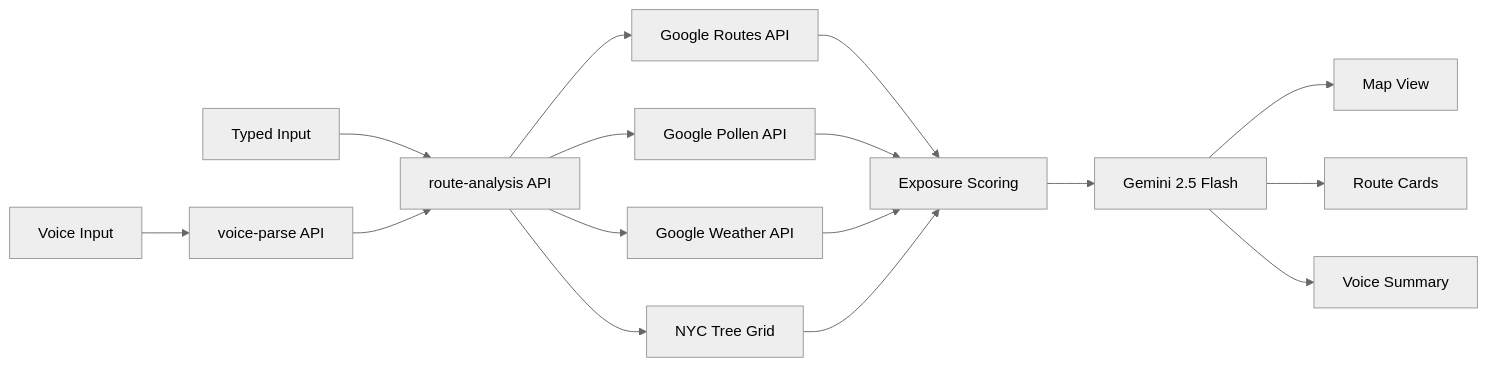
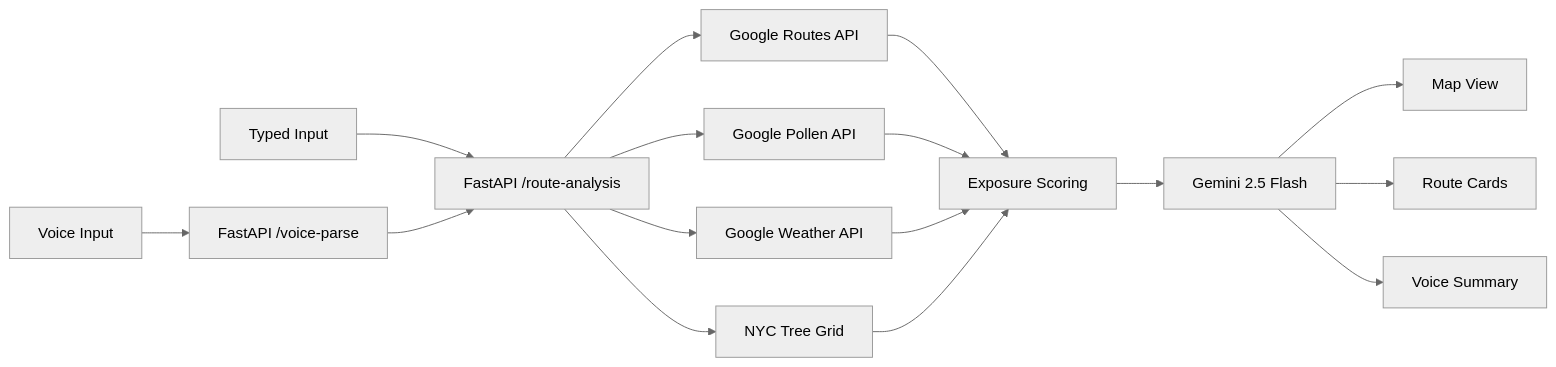
One commit to NBeibarys/Project-Treeroute changed the diagram in README.md. Above: the diagram before and after it, drawn with Mermaid (neutral theme). The commit also changed other lines of this file and 55 other files, not shown here.

Commit message:
Backend:Python + FastAPI

````diff
--- a/README.md
+++ b/README.md
@@ -77,22 +78,22 @@
 ```mermaid
 flowchart LR
-    A[Voice Input] --> B["voice-parse API"]
-    C[Typed Input] --> D["route-analysis API"]
+    A[Voice Input] --> B["FastAPI /voice-parse"]
+    C[Typed Input] --> D["FastAPI /route-analysis"]
     B --> D
 
     D --> E[Google Routes API]
     D --> F[Google Pollen API]
     D --> G[Google Weather API]
     D --> H[NYC Tree Grid]
 
     E --> I[Exposure Scoring]
     F --> I
     G --> I
     H --> I
 
     I --> J[Gemini 2.5 Flash]
 
     J --> K[Map View]
     J --> L[Route Cards]
     J --> M[Voice Summary]
 ```
````
